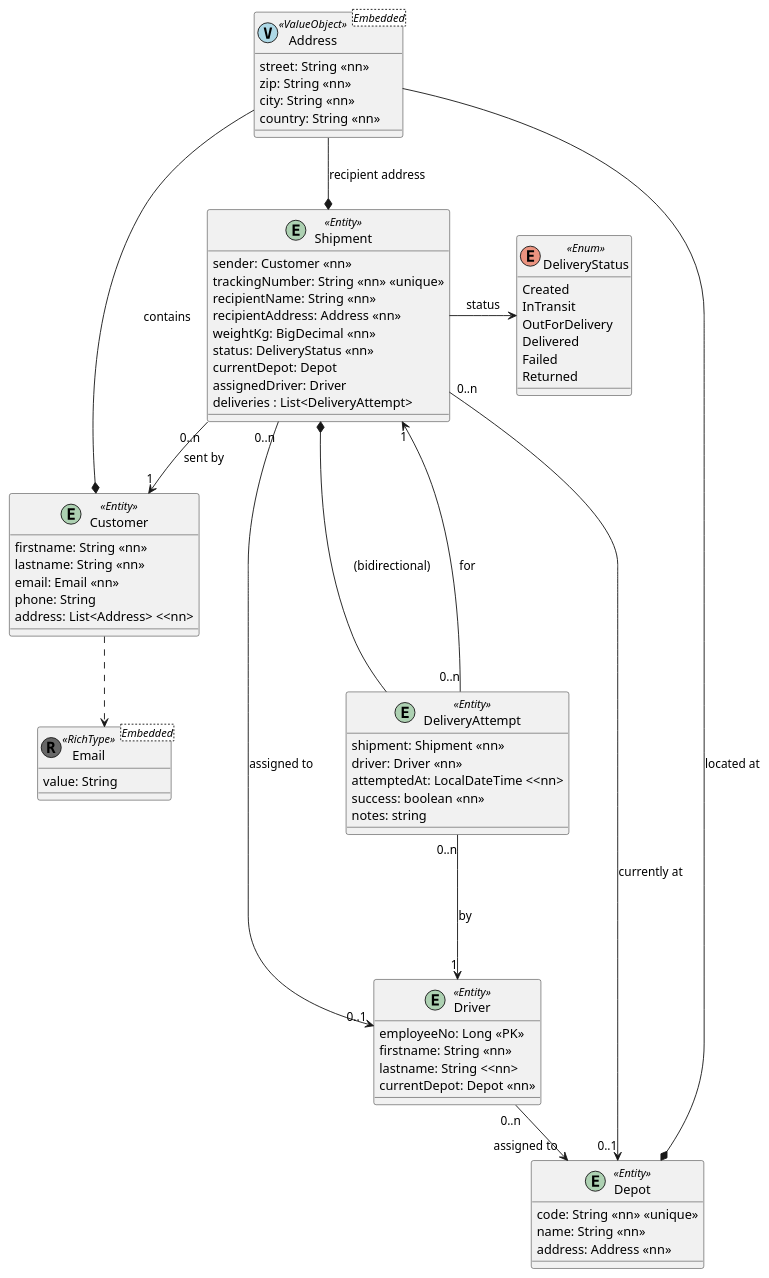
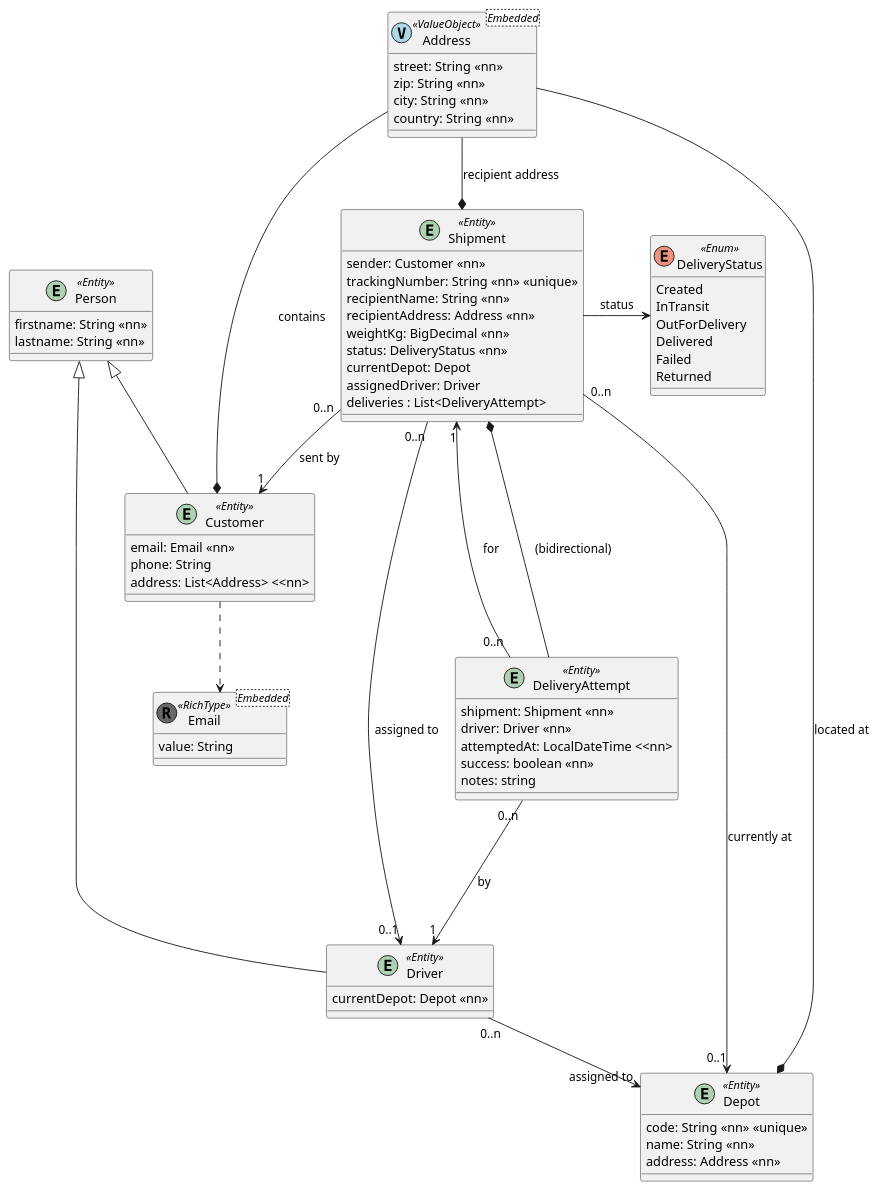
One commit to TheRealCheeseLord/pos-matura-example changed the diagram in domain/src/main/resources/puml/domain.puml. Above: the diagram before and after it, drawn with PlantUML. The commit also changed 6 other files, not shown here.

Commit message:
Implemented inheritance example; Person to Customer & Driver

```diff
--- a/domain/src/main/resources/puml/domain.puml
+++ b/domain/src/main/resources/puml/domain.puml
@@ -1,85 +1,88 @@
 @startuml
 
 ' Objects
 
 class Address<Embedded><< (V,#ADD8E6) ValueObject >> {
     street: String <<nn>>
     zip: String <<nn>>
     city: String <<nn>>
     country: String <<nn>>
 }
 
 class Email<Embedded><< (R, #676767) RichType >> {
     value: String
 }
 
-entity Customer<<Entity>> {
+entity Person<<Entity>> {
     firstname: String <<nn>>
     lastname: String <<nn>>
+}
+
+entity Customer<<Entity>> {
     email: Email <<nn>>
     phone: String
     address: List<Address> <<nn>
 }
 
 entity Depot<<Entity>> {
     code: String <<nn>> <<unique>>
     name: String <<nn>>
     address: Address <<nn>>
 }
 
 entity Driver<<Entity>> {
-    employeeNo: Long <<PK>>
-    firstname: String <<nn>>
-    lastname: String <<nn>
     currentDepot: Depot <<nn>>
 }
 
 enum DeliveryStatus<<Enum>> {
     Created
     InTransit
     OutForDelivery
     Delivered
     Failed
     Returned
 }
 
 entity Shipment<<Entity>> {
     sender: Customer <<nn>>
     trackingNumber: String <<nn>> <<unique>>
     recipientName: String <<nn>>
     recipientAddress: Address <<nn>>
     weightKg: BigDecimal <<nn>>
     status: DeliveryStatus <<nn>>
     currentDepot: Depot
     assignedDriver: Driver
     deliveries : List<DeliveryAttempt>
 }
 
 entity DeliveryAttempt<<Entity>> {
     shipment: Shipment <<nn>>
     driver: Driver <<nn>>
     attemptedAt: LocalDateTime <<nn>
     success: boolean <<nn>>
     notes: string
 }
 
 ' Relations
 
 Customer *-- Address : contains
 Customer -[dashed]-> Email
 
+Person <|-- Customer
+Person <|-- Driver
+
 Depot *-- Address : located at
 
 Driver "0..n" --> "assigned to" Depot
 
 Shipment *-up- Address : "recipient address"
 Shipment "0..n" --> "1" Customer : sent by
 Shipment "0..n" --> "0..1" Depot : currently at
 Shipment "0..n" --> "0..1" Driver : assigned to
 Shipment -right-> DeliveryStatus : status
 Shipment *--- DeliveryAttempt : (bidirectional)
 
 DeliveryAttempt "0..n" --> "1" Shipment : for
 DeliveryAttempt "0..n" ---> "1" Driver : by
 
 @enduml
```
